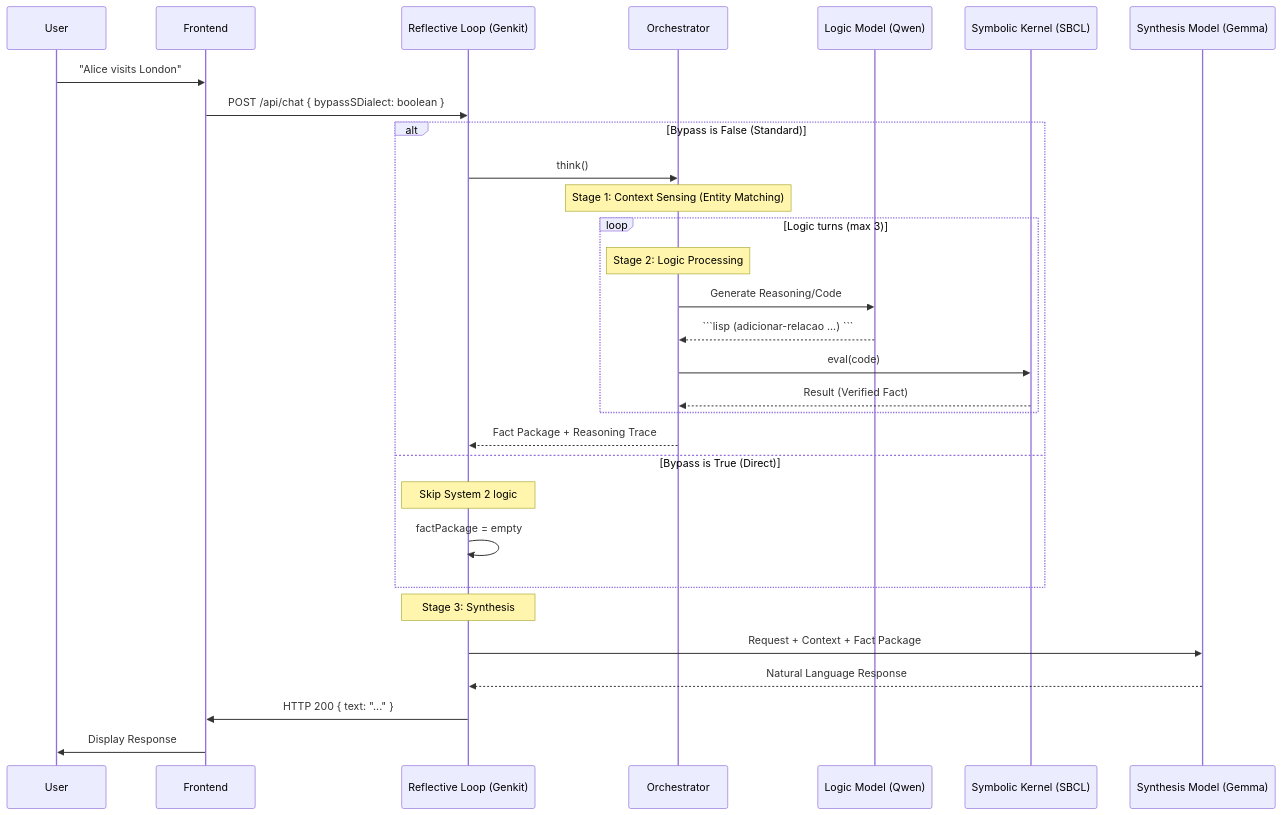
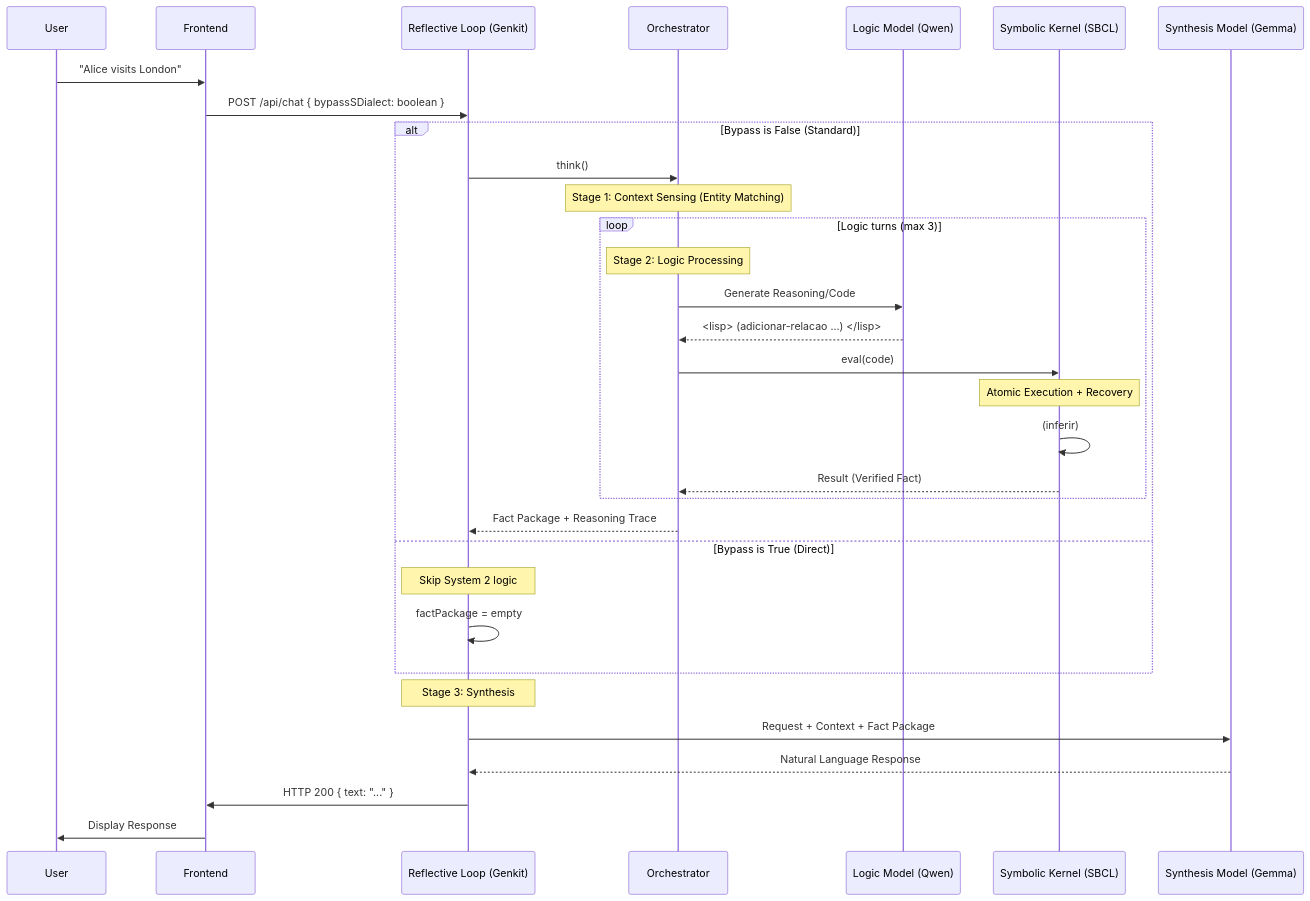
One commit to spock74/dialectical-symbolic-ai changed the second of 2 diagrams in README_V02.md. Above: the diagram before and after it, drawn with Mermaid. The commit also changed other lines of this file and 18 other files, not shown here.

````diff
--- a/README_V02.md
+++ b/README_V02.md
@@ -49,36 +49,38 @@
 ```mermaid
 sequenceDiagram
     participant U as User
     participant F as Frontend
     participant FL as Reflective Loop (Genkit)
     participant O as Orchestrator
     participant L as Logic Model (Qwen)
     participant SK as Symbolic Kernel (SBCL)
     participant S as Synthesis Model (Gemma)
 
     U->>F: "Alice visits London"
     F->>FL: POST /api/chat { bypassSDialect: boolean }
     
     alt Bypass is False (Standard)
         FL->>O: think()
         Note over O: Stage 1: Context Sensing (Entity Matching)
         
         loop Logic turns (max 3)
             Note over O: Stage 2: Logic Processing
             O->>L: Generate Reasoning/Code
-            L-->>O: ```lisp (adicionar-relacao ...) ```
+            L-->>O: <lisp> (adicionar-relacao ...) </lisp>
             O->>SK: eval(code)
+            Note over SK: Atomic Execution + Recovery
+            SK->>SK: (inferir)
             SK-->>O: Result (Verified Fact)
         end
         O-->>FL: Fact Package + Reasoning Trace
     else Bypass is True (Direct)
         Note over FL: Skip System 2 logic
         FL->>FL: factPackage = empty
     end
 
     Note over FL: Stage 3: Synthesis
     FL->>S: Request + Context + Fact Package
     S-->>FL: Natural Language Response
     FL->>F: HTTP 200 { text: "..." }
     F->>U: Display Response
 ```
````
